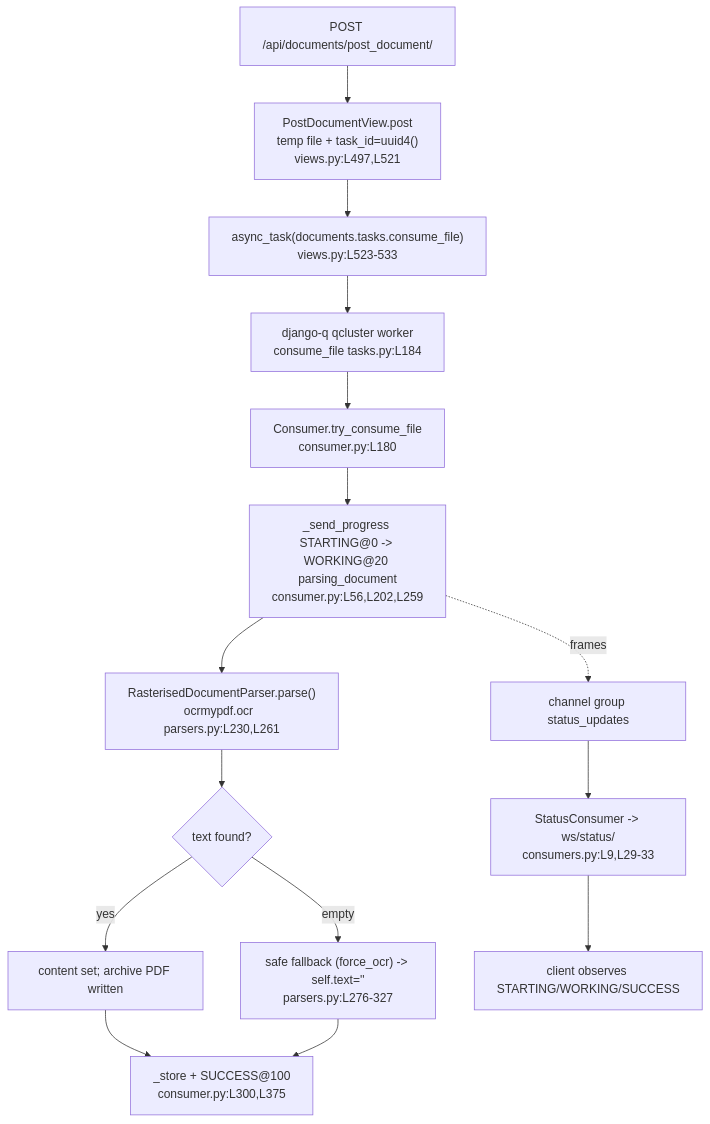
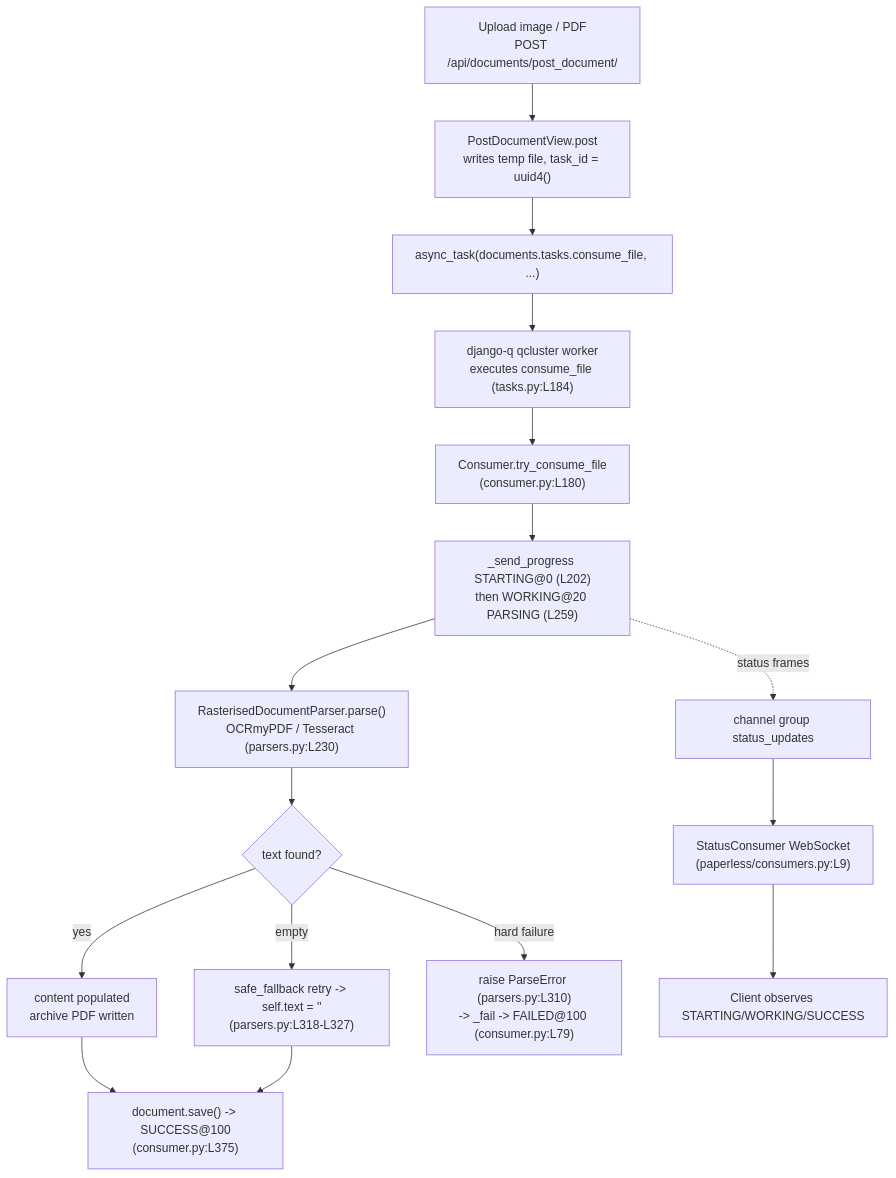
One commit to blitzy-research/paperless-ngx changed the diagram in blitzy/documentation/paperless-ngx_542221a38dff.md. Above: the diagram before and after it, drawn with Mermaid. The commit also changed other lines of this file, not shown here.

````diff
--- a/blitzy/documentation/paperless-ngx_542221a38dff.md
+++ b/blitzy/documentation/paperless-ngx_542221a38dff.md
@@ -91,17 +169,18 @@
 ```mermaid
 flowchart TD
-    A["POST /api/documents/post_document/"] --> B["PostDocumentView.post<br/>temp file + task_id=uuid4()<br/>views.py:L497,L521"]
-    B --> C["async_task(documents.tasks.consume_file)<br/>views.py:L523-533"]
-    C --> D["django-q qcluster worker<br/>consume_file  tasks.py:L184"]
-    D --> E["Consumer.try_consume_file<br/>consumer.py:L180"]
-    E --> F["_send_progress STARTING@0 -> WORKING@20 parsing_document<br/>consumer.py:L56,L202,L259"]
-    F --> G["RasterisedDocumentParser.parse()<br/>ocrmypdf.ocr  parsers.py:L230,L261"]
+    A["Upload image / PDF<br/>POST /api/documents/post_document/"] --> B["PostDocumentView.post<br/>writes temp file, task_id = uuid4()"]
+    B --> C["async_task(documents.tasks.consume_file, ...)"]
+    C --> D["django-q qcluster worker<br/>executes consume_file (tasks.py:L184)"]
+    D --> E["Consumer.try_consume_file<br/>(consumer.py:L180)"]
+    E --> F["_send_progress STARTING@0 (L202)<br/>then WORKING@20 PARSING (L259)"]
+    F --> G["RasterisedDocumentParser.parse()<br/>OCRmyPDF / Tesseract (parsers.py:L230)"]
     G --> H{"text found?"}
-    H -- "yes" --> I["content set; archive PDF written"]
-    H -- "empty" --> J["safe fallback (force_ocr) -> self.text=''<br/>parsers.py:L276-327"]
-    I --> K["_store + SUCCESS@100<br/>consumer.py:L300,L375"]
-    J --> K
-    F -. "frames" .-> L["channel group status_updates"]
-    L --> M["StatusConsumer -> ws/status/<br/>consumers.py:L9,L29-33"]
-    M --> N["client observes STARTING/WORKING/SUCCESS"]
+    H -- "yes" --> I["content populated<br/>archive PDF written"]
+    H -- "empty" --> J["safe_fallback retry -> self.text = ''<br/>(parsers.py:L318-L327)"]
+    H -- "hard failure" --> K["raise ParseError (parsers.py:L310)<br/>-> _fail -> FAILED@100 (consumer.py:L79)"]
+    I --> L["document.save() -> SUCCESS@100<br/>(consumer.py:L375)"]
+    J --> L
+    F -. "status frames" .-> M["channel group status_updates"]
+    M --> N["StatusConsumer WebSocket<br/>(paperless/consumers.py:L9)"]
+    N --> O["Client observes STARTING/WORKING/SUCCESS"]
 ```
````
